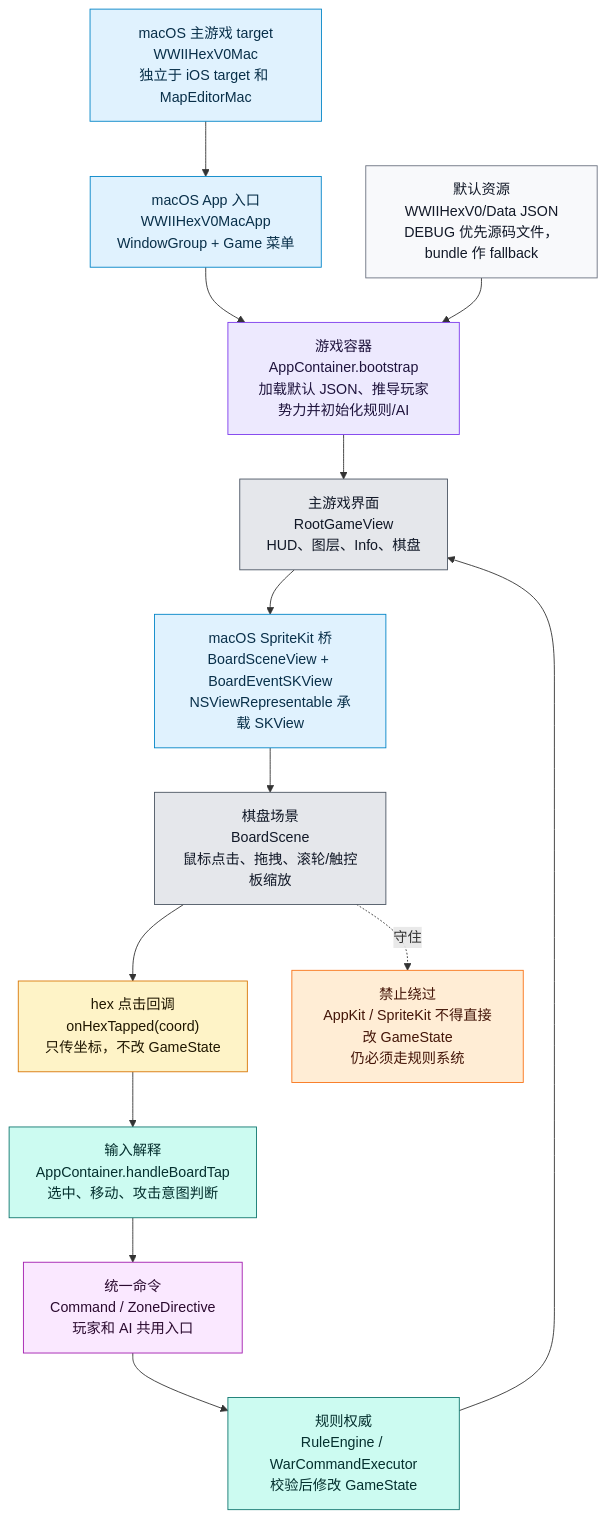
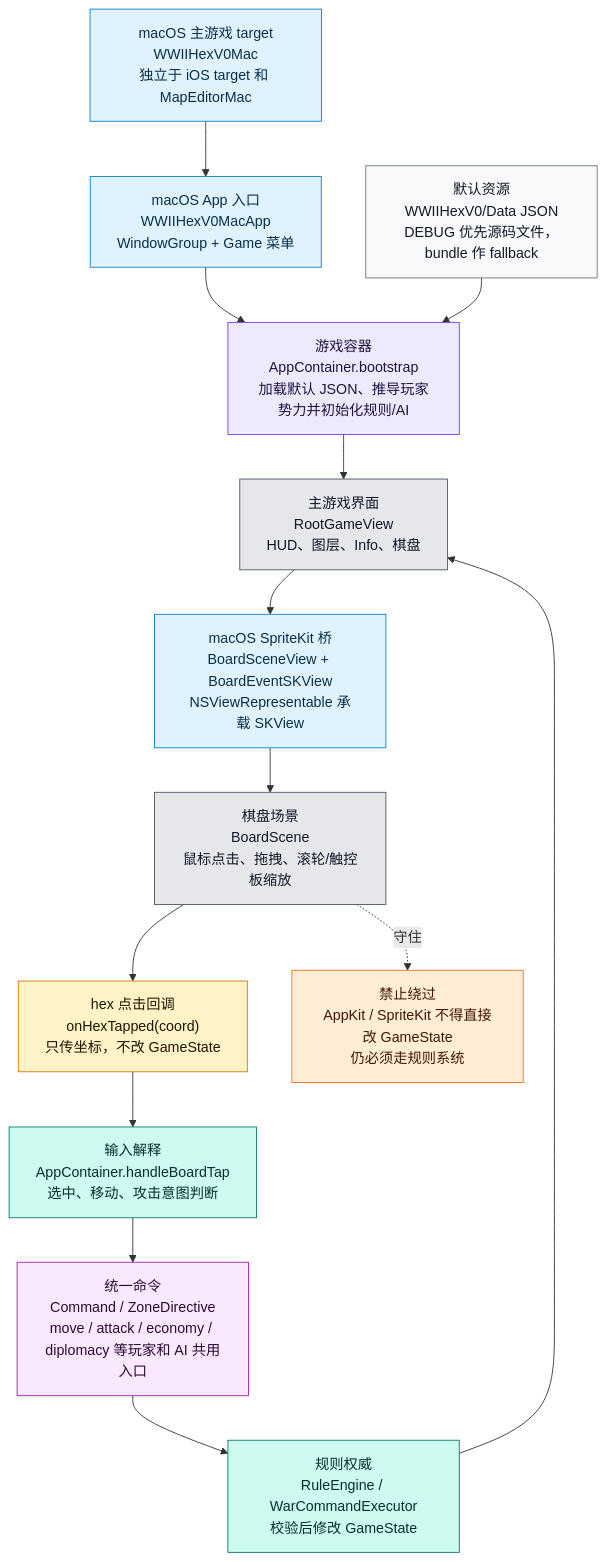
The seventh of 9 diagrams in md/flow/flowchart.md (Altman-sam114/126), drawn with Mermaid before and after one commit. The commit also changed other lines of this file and 9 other files, not shown here.

Commit message:
feat(diplomacy): add declare war command

````diff
--- a/md/flow/flowchart.md
+++ b/md/flow/flowchart.md
@@ -391,30 +396,30 @@
 ```mermaid
 flowchart TD
     TARGET["macOS 主游戏 target<br/>WWIIHexV0Mac<br/>独立于 iOS target 和 MapEditorMac"]:::platform
     APP["macOS App 入口<br/>WWIIHexV0MacApp<br/>WindowGroup + Game 菜单"]:::platform
     BOOT["游戏容器<br/>AppContainer.bootstrap<br/>加载默认 JSON、推导玩家势力并初始化规则/AI"]:::state
     ROOT["主游戏界面<br/>RootGameView<br/>HUD、图层、Info、棋盘"]:::ui
     BRIDGE["macOS SpriteKit 桥<br/>BoardSceneView + BoardEventSKView<br/>NSViewRepresentable 承载 SKView"]:::platform
     SCENE["棋盘场景<br/>BoardScene<br/>鼠标点击、拖拽、滚轮/触控板缩放"]:::ui
     TAP["hex 点击回调<br/>onHexTapped(coord)<br/>只传坐标，不改 GameState"]:::input
     CONTAINER["输入解释<br/>AppContainer.handleBoardTap<br/>选中、移动、攻击意图判断"]:::rules
-    COMMAND["统一命令<br/>Command / ZoneDirective<br/>玩家和 AI 共用入口"]:::command
+    COMMAND["统一命令<br/>Command / ZoneDirective<br/>move / attack / economy / diplomacy 等玩家和 AI 共用入口"]:::command
     ENGINE["规则权威<br/>RuleEngine / WarCommandExecutor<br/>校验后修改 GameState"]:::rules
     DATA["默认资源<br/>WWIIHexV0/Data JSON<br/>DEBUG 优先源码文件，bundle 作 fallback"]:::data
 
     TARGET --> APP --> BOOT --> ROOT --> BRIDGE --> SCENE --> TAP --> CONTAINER --> COMMAND --> ENGINE
     DATA --> BOOT
     ENGINE --> ROOT
 
     WARN["禁止绕过<br/>AppKit / SpriteKit 不得直接改 GameState<br/>仍必须走规则系统"]:::warn
     SCENE -.守住.-> WARN
 
     classDef platform fill:#e0f2fe,stroke:#0284c7,color:#082f49
     classDef state fill:#ede9fe,stroke:#7c3aed,color:#1f143d
     classDef ui fill:#e5e7eb,stroke:#4b5563,color:#111827
     classDef input fill:#fef3c7,stroke:#d97706,color:#1f1600
     classDef command fill:#fae8ff,stroke:#a21caf,color:#2a0a2f
     classDef rules fill:#ccfbf1,stroke:#0f766e,color:#042f2e
     classDef data fill:#f8f9fb,stroke:#6b7280,color:#111827
     classDef warn fill:#ffedd5,stroke:#f97316,color:#431407
 ```
````
